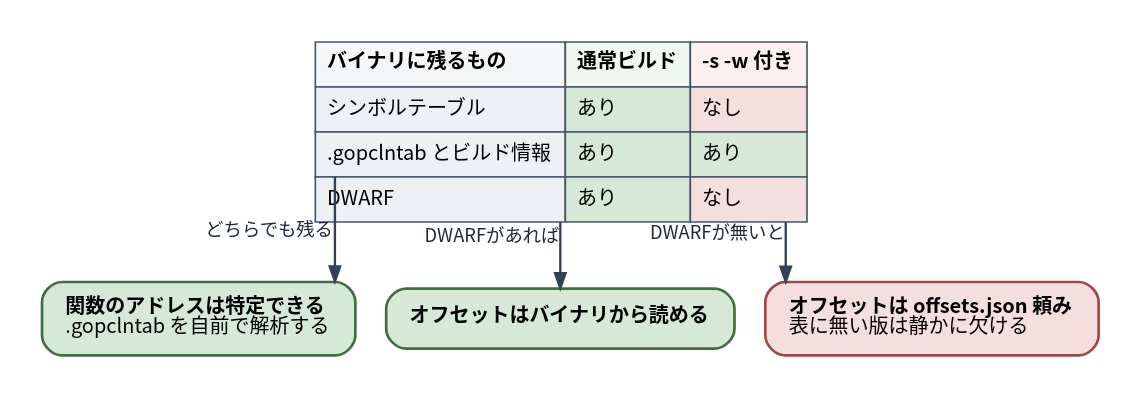
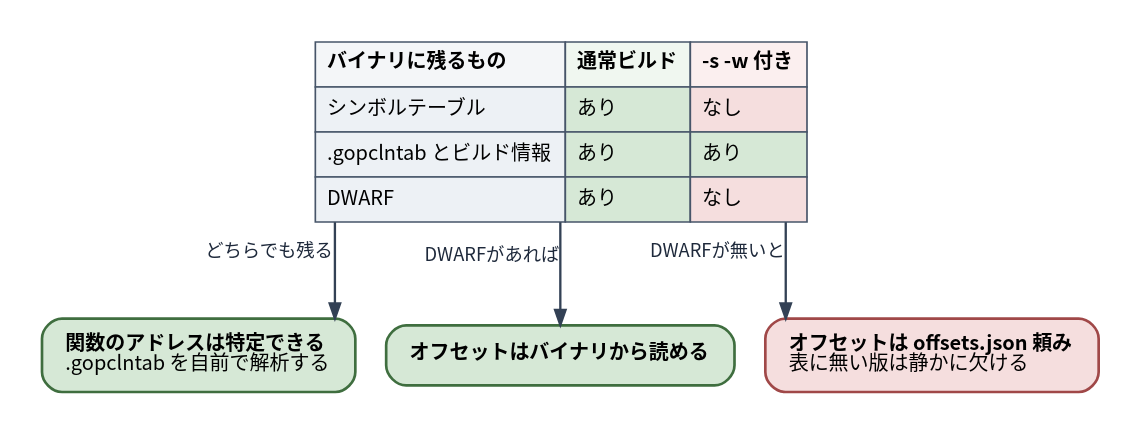
Before and after one commit to ymotongpoo/zenn.dev: the diagram in diagrams/go-ebpf-primer/20260820-build-flags.dot, drawn with Graphviz. The commit also changed 25 other files, not shown here.

First line of the commit message:
fix: 矢印の貫通・先端埋没・角丸切れ・窮屈さを修正（13図）

```diff
--- a/diagrams/go-ebpf-primer/20260820-build-flags.dot
+++ b/diagrams/go-ebpf-primer/20260820-build-flags.dot
@@ -1,47 +1,48 @@
 // ビルド設定と計装の関係
 digraph build_flags {
   graph [
     rankdir=TB, splines=ortho,
     fontname="Harano Aji Gothic,Noto Sans CJK JP,IPAGothic", fontsize=13,
+    ranksep=0.8,
     bgcolor="white", pad=0.25
   ];
   node [
     fontname="Harano Aji Gothic,Noto Sans CJK JP,IPAGothic", fontsize=12,
     shape=box, style="rounded,filled",
     fillcolor="#F1F5F9", color="#475569", penwidth=1.6,
     margin="0.2,0.14"
   ];
   edge [
     fontname="Harano Aji Gothic,Noto Sans CJK JP,IPAGothic", fontsize=11,
     color="#334155", penwidth=1.4, arrowsize=0.9,
     fontcolor="#1E293B"
   ];
 
   info [shape=plain, style="", label=<
     <table border="0" cellborder="1" cellspacing="0" cellpadding="6" color="#475569">
       <tr><td align="left" bgcolor="#F4F6F8"><b>バイナリに残るもの</b></td>
           <td align="left" bgcolor="#F0F7F0"><b>通常ビルド</b></td>
           <td align="left" bgcolor="#FBEFEF"><b>-s -w 付き</b></td></tr>
       <tr><td align="left" bgcolor="#EDF1F5">シンボルテーブル</td>
           <td align="left" bgcolor="#D6E8D6">あり</td>
           <td align="left" bgcolor="#F5DEDE">なし</td></tr>
-      <tr><td port="pcln" align="left" bgcolor="#EDF1F5">.gopclntab とビルド情報</td>
+      <tr><td align="left" bgcolor="#EDF1F5">.gopclntab とビルド情報</td>
           <td align="left" bgcolor="#D6E8D6">あり</td>
           <td align="left" bgcolor="#D6E8D6">あり</td></tr>
       <tr><td align="left" bgcolor="#EDF1F5">DWARF</td>
           <td align="left" bgcolor="#D6E8D6">あり</td>
           <td align="left" bgcolor="#F5DEDE">なし</td></tr>
     </table>>];
 
   addr [label=<<b>関数のアドレスは特定できる</b><br align="left"/>.gopclntab を自前で解析する<br align="left"/>>,
         fillcolor="#D6E8D6", color="#3F6E3F"];
   off_ok [label=<<b>オフセットはバイナリから読める</b>>, fillcolor="#D6E8D6", color="#3F6E3F"];
   off_ng [label=<<b>オフセットは offsets.json 頼み</b><br align="left"/>表に無い版は静かに欠ける<br align="left"/>>,
           fillcolor="#F5DEDE", color="#A04848"];
 
   { rank=same; addr; off_ok; off_ng; }
 
-  info:pcln:s -> addr [xlabel="どちらでも残る"];
+  info -> addr [xlabel="どちらでも残る"];
   info -> off_ok [xlabel="DWARFがあれば"];
   info -> off_ng [xlabel="DWARFが無いと"];
 }
```
